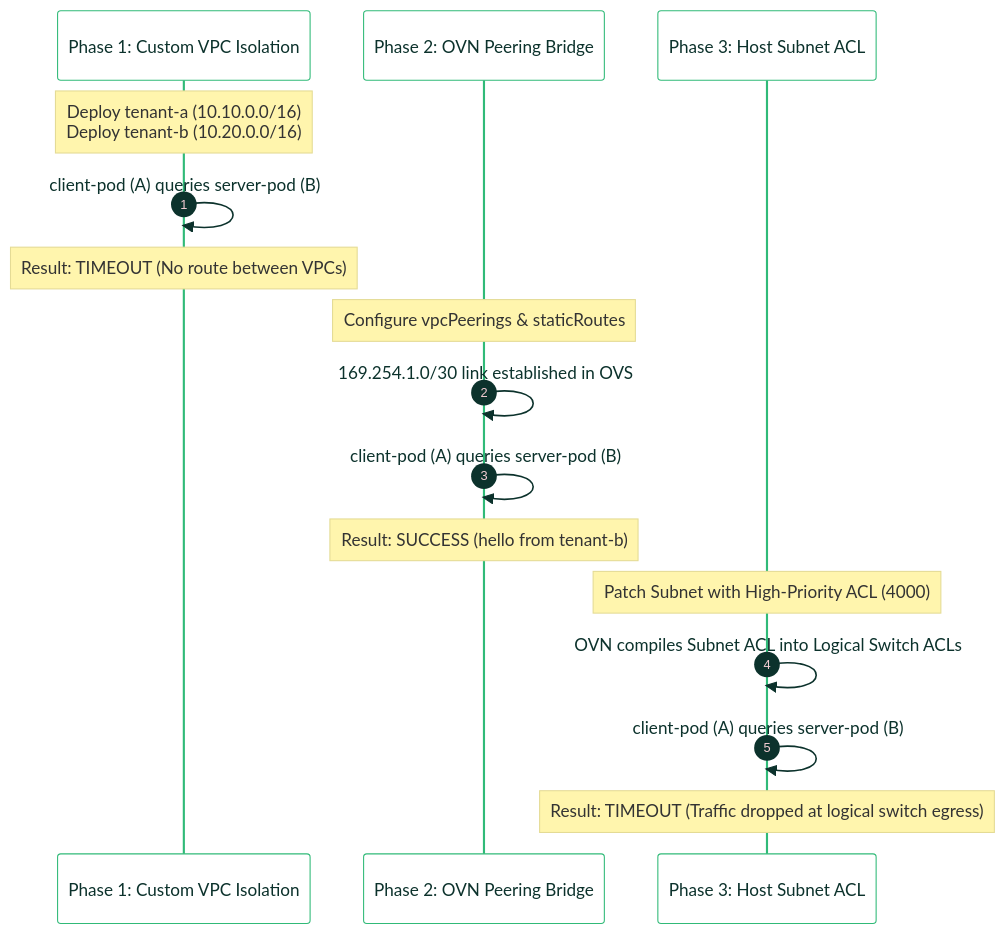
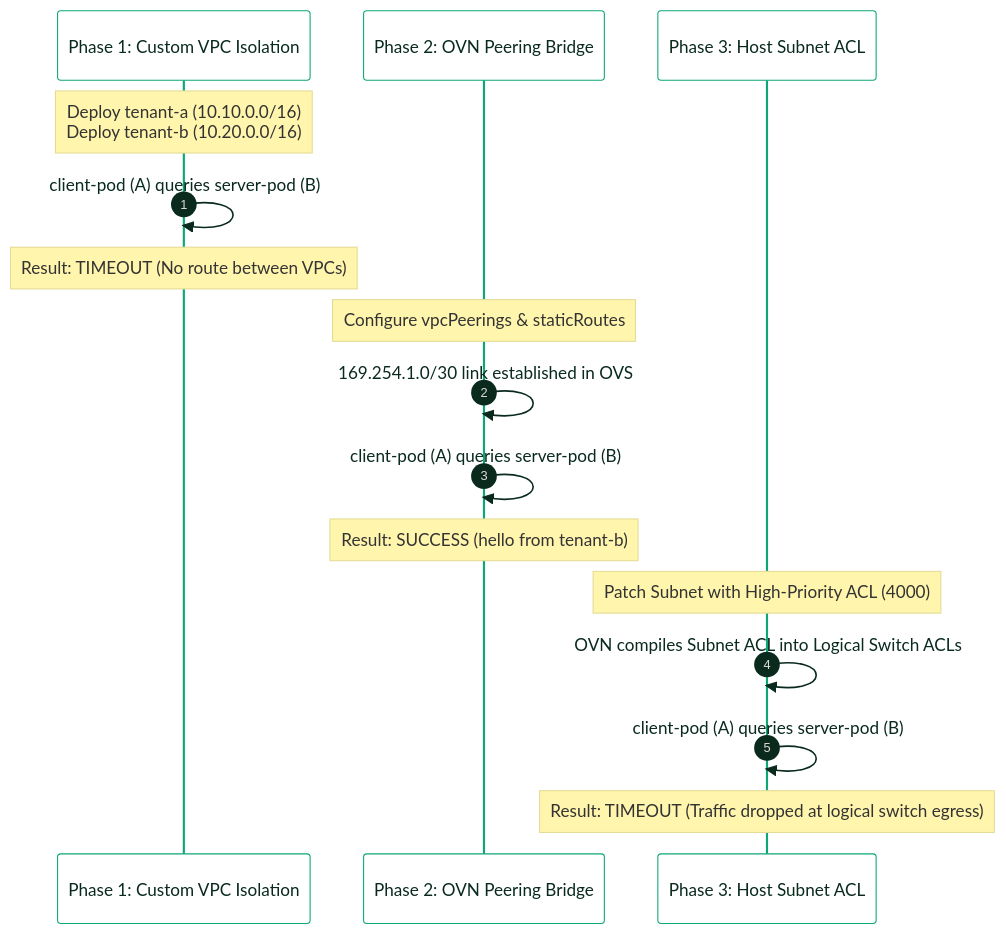
One commit to coulof/k3k-kube-ovn changed the third of 3 diagrams in docs/vpc-peering-networkpolicy-demo.md. Above: the diagram before and after it, drawn with Mermaid. The commit also changed other lines of this file and 4 other files, not shown here.

Commit message:
docs(diagrams): split peering topology, remove grey backgrounds, and update egress layout landscape style

````diff
--- a/docs/vpc-peering-networkpolicy-demo.md
+++ b/docs/vpc-peering-networkpolicy-demo.md
@@ -89,40 +124,40 @@
 ```mermaid
 %%{init: {
   'theme': 'base',
   'themeVariables': {
     'fontFamily': 'SUSE, sans-serif',
     'fontSize': '14px',
-    'primaryColor': '#30ba78',
-    'primaryTextColor': '#0c322c',
-    'primaryBorderColor': '#30ba78',
-    'lineColor': '#0c322c',
-    'secondaryColor': '#0c322c',
-    'tertiaryColor': '#90ebcd',
+    'primaryColor': '#0ca678',
+    'primaryTextColor': '#092a1d',
+    'primaryBorderColor': '#0ca678',
+    'lineColor': '#212529',
+    'secondaryColor': '#1c7ed6',
+    'tertiaryColor': '#e6fcf5',
     'mainBkg': '#ffffff',
-    'nodeBorder': '#0c322c',
-    'clusterBkg': '#efefef',
-    'clusterBorder': '#90ebcd',
-    'titleColor': '#0c322c',
+    'nodeBorder': '#212529',
+    'clusterBkg': '#f8f9fa',
+    'clusterBorder': '#adb5bd',
+    'titleColor': '#092a1d',
     'edgeLabelBackground':'#ffffff'
   }
 } }%%
 sequenceDiagram
     autonumber
     participant Step1 as Phase 1: Custom VPC Isolation
     participant Step2 as Phase 2: OVN Peering Bridge
     participant Step3 as Phase 3: Host Subnet ACL
     
     Note over Step1: Deploy tenant-a (10.10.0.0/16)<br/>Deploy tenant-b (10.20.0.0/16)
     Step1->>Step1: client-pod (A) queries server-pod (B)
     Note over Step1: Result: TIMEOUT (No route between VPCs)
 
     Note over Step2: Configure vpcPeerings & staticRoutes
     Step2->>Step2: 169.254.1.0/30 link established in OVS
     Step2->>Step2: client-pod (A) queries server-pod (B)
     Note over Step2: Result: SUCCESS (hello from tenant-b)
 
     Note over Step3: Patch Subnet with High-Priority ACL (4000)
     Step3->>Step3: OVN compiles Subnet ACL into Logical Switch ACLs
     Step3->>Step3: client-pod (A) queries server-pod (B)
     Note over Step3: Result: TIMEOUT (Traffic dropped at logical switch egress)
 ```
````
